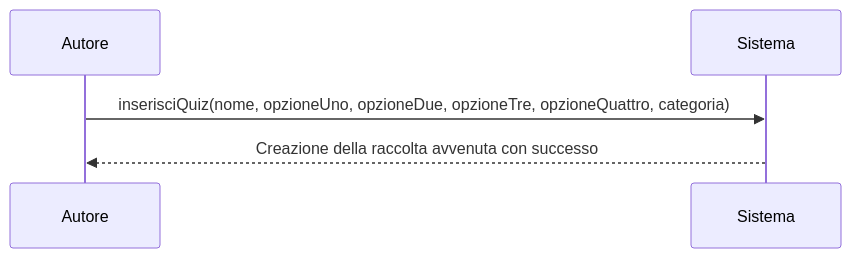
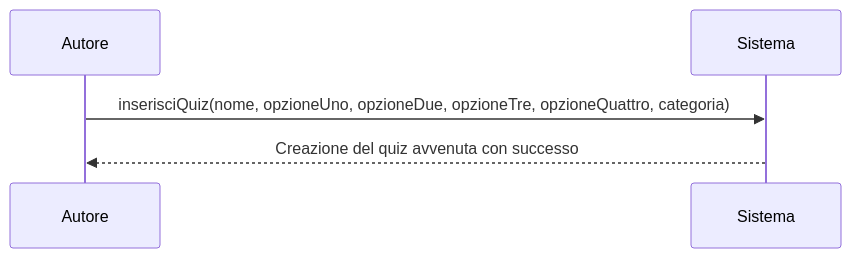
One commit to SicMic/Quix changed the fifth of 10 diagrams in README.md. Above: the diagram before and after it, drawn with Mermaid. The commit also changed other lines of this file and 3 other files, not shown here.

````diff
--- a/README.md
+++ b/README.md
@@ -154,8 +154,8 @@
 ```mermaid
 sequenceDiagram
     participant A as Autore
     participant S as Sistema
 
     A->>S: inserisciQuiz(nome, opzioneUno, opzioneDue, opzioneTre, opzioneQuattro, categoria)
-    S-->>A: Creazione della raccolta avvenuta con successo
+    S-->>A: Creazione del quiz avvenuta con successo
 ```
````
